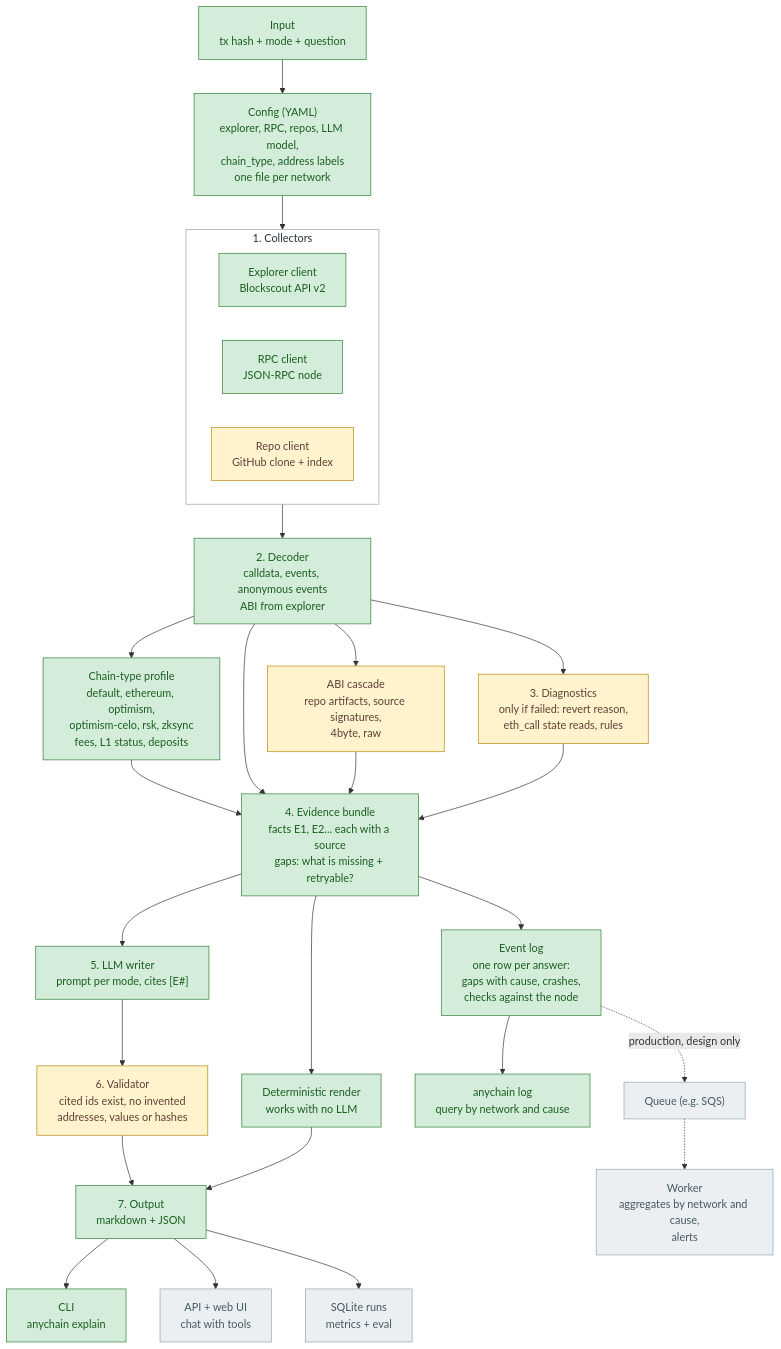
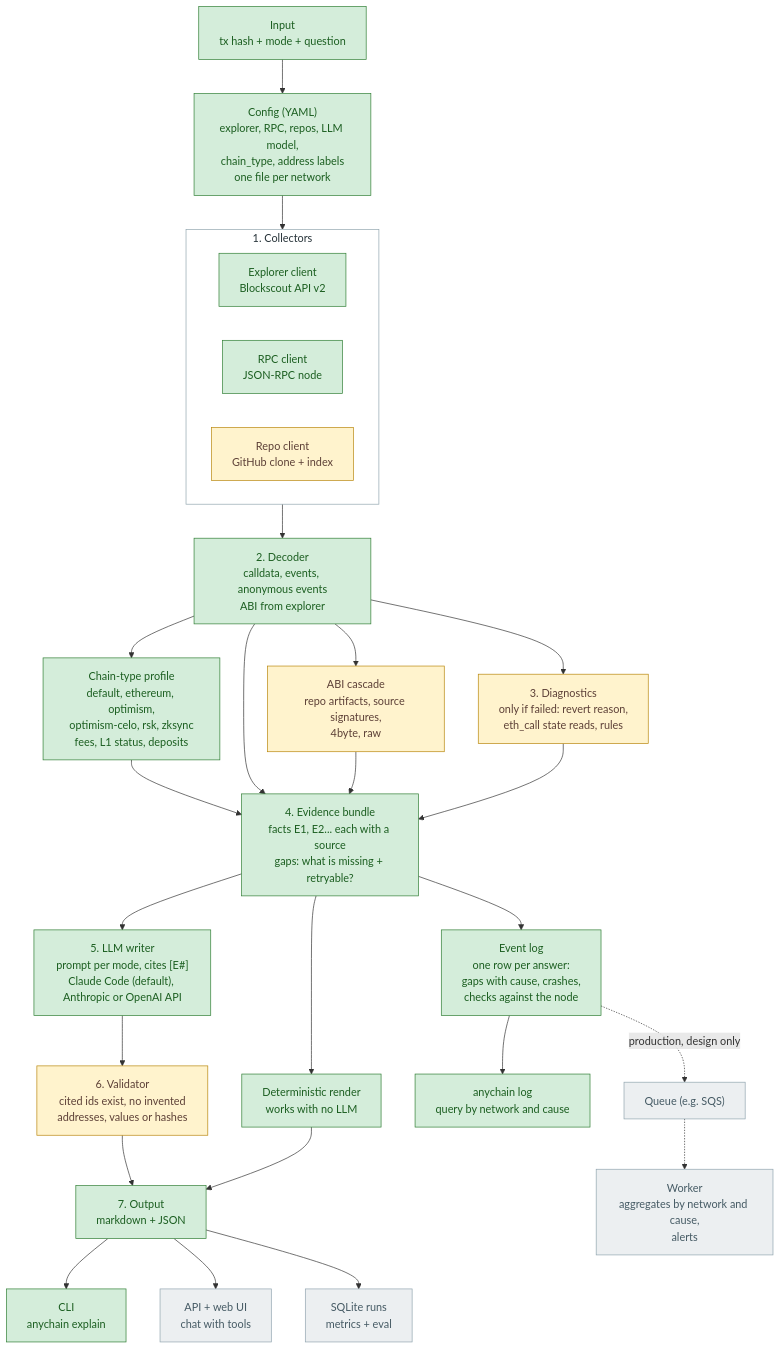
The first of 5 diagrams in docs/ARCHITECTURE.md (Ebaoj/anychain), drawn with Mermaid before and after one commit. The commit also changed other lines of this file and 15 other files, not shown here.

First line of the commit message:
Writer on Claude Code by default; Anthropic and OpenAI APIs as options (D27)

````diff
--- a/docs/ARCHITECTURE.md
+++ b/docs/ARCHITECTURE.md
@@ -20,46 +20,46 @@
 ```mermaid
 flowchart TD
     IN["Input<br/>tx hash + mode + question"] --> CFG
 
     CFG["Config (YAML)<br/>explorer, RPC, repos, LLM model,<br/>chain_type, address labels<br/>one file per network"]
 
     CFG --> COL
     subgraph COL["1. Collectors"]
         EXP["Explorer client<br/>Blockscout API v2"]
         RPC["RPC client<br/>JSON-RPC node"]
         REPO["Repo client<br/>GitHub clone + index"]
     end
 
     COL --> DEC["2. Decoder<br/>calldata, events, anonymous events<br/>ABI from explorer"]
     DEC --> PRO["Chain-type profile<br/>default, ethereum, optimism,<br/>optimism-celo, rsk, zksync<br/>fees, L1 status, deposits"]
     PRO --> BUN
     DEC --> CAS["ABI cascade<br/>repo artifacts, source signatures,<br/>4byte, raw"]
     DEC --> DIAG["3. Diagnostics<br/>only if failed: revert reason,<br/>eth_call state reads, rules"]
     DEC --> BUN
     CAS --> BUN
     DIAG --> BUN
 
     BUN["4. Evidence bundle<br/>facts E1, E2... each with a source<br/>gaps: what is missing + retryable?"]
-    BUN --> WRI["5. LLM writer<br/>prompt per mode, cites [E#]"]
+    BUN --> WRI["5. LLM writer<br/>prompt per mode, cites [E#]<br/>Claude Code (default), Anthropic or OpenAI API"]
     BUN --> REN["Deterministic render<br/>works with no LLM"]
     WRI --> VAL["6. Validator<br/>cited ids exist, no invented<br/>addresses, values or hashes"]
     VAL --> OUT
     REN --> OUT
 
     OUT["7. Output<br/>markdown + JSON"] --> CLI["CLI<br/>anychain explain"]
     OUT --> API["API + web UI<br/>chat with tools"]
     OUT --> DB["SQLite runs<br/>metrics + eval"]
     BUN --> LOG["Event log<br/>one row per answer:<br/>gaps with cause, crashes,<br/>checks against the node"]
     LOG --> QRY["anychain log<br/>query by network and cause"]
     LOG -.production, design only.-> FILA["Queue (e.g. SQS)"]
     FILA -.-> WRK["Worker<br/>aggregates by network and cause,<br/>alerts"]
 
     classDef done fill:#d4edda,stroke:#2e7d32,color:#1b5e20
     classDef next fill:#fff3cd,stroke:#b8860b,color:#5d4037
     classDef later fill:#eceff1,stroke:#90a4ae,color:#455a64
 
     class IN,CFG,EXP,RPC,DEC,PRO,BUN,WRI,REN,OUT,CLI,LOG,QRY done
     class REPO,CAS,DIAG,VAL next
     class API,DB,FILA,WRK later
     style COL fill:#ffffff,stroke:#90a4ae,color:#263238
 ```
````
